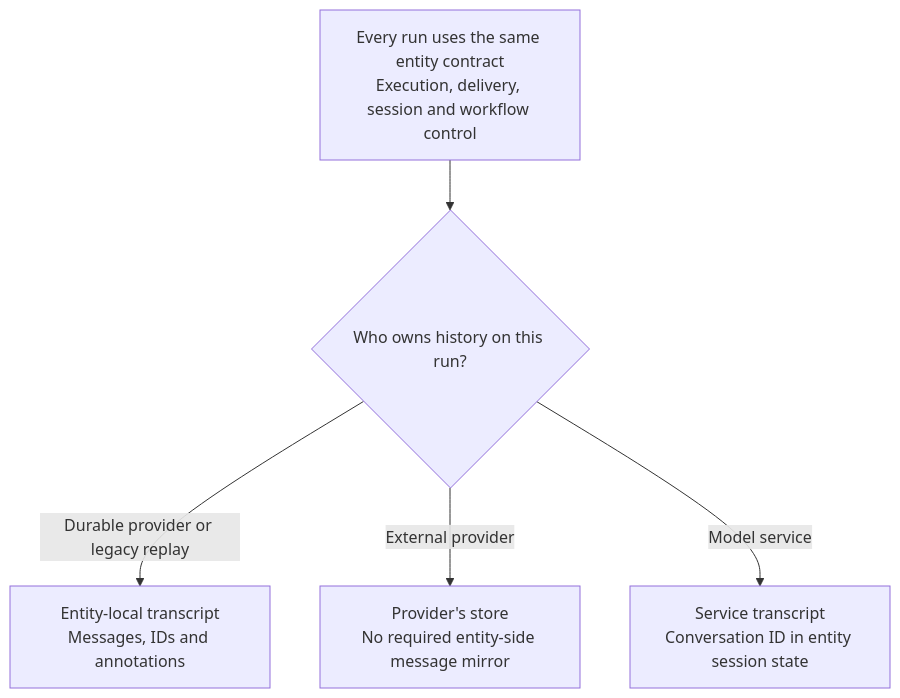
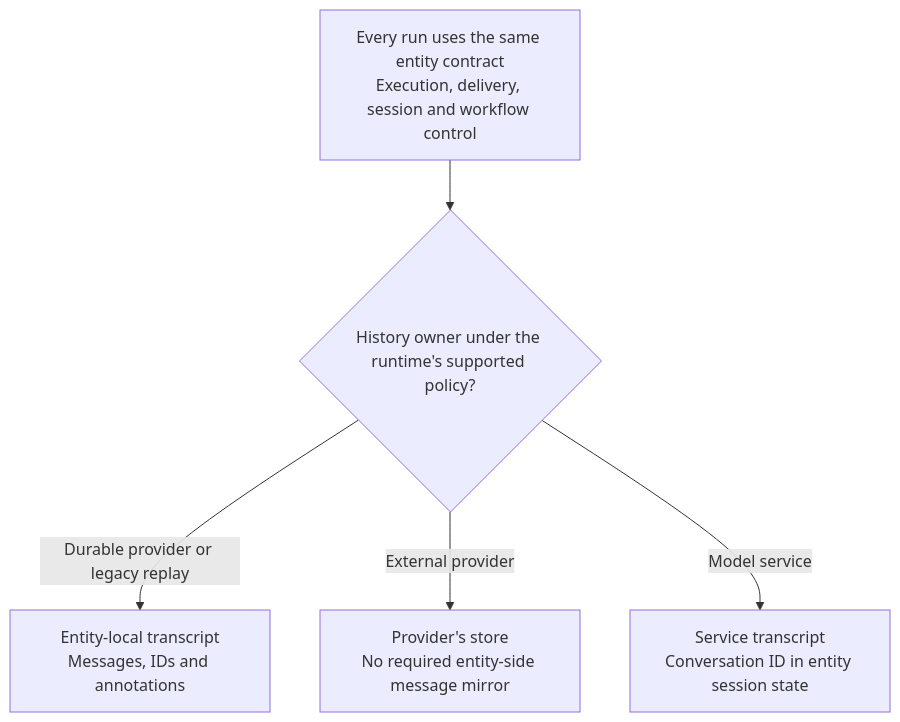
Before and after one commit to microsoft/agent-framework-durable-extension: the first of 6 diagrams in docs/decisions/0032-durable-thread-compaction.md, drawn with Mermaid. The commit also changed other lines of this file, not shown here.

Commit message:
docs: clarify durable runtime contracts and validation boundaries

````diff
--- a/docs/decisions/0032-durable-thread-compaction.md
+++ b/docs/decisions/0032-durable-thread-compaction.md
@@ -145,8 +175,8 @@
 ```mermaid
 flowchart TB
   COMMON["Every run uses the same entity contract<br/>Execution, delivery, session and workflow control"]
-  COMMON --> OWNER{"Who owns history on this run?"}
+  COMMON --> OWNER{"History owner under the runtime's supported policy?"}
   OWNER -->|"Durable provider or legacy replay"| LOCAL["Entity-local transcript<br/>Messages, IDs and annotations"]
   OWNER -->|"External provider"| EXTERNAL["Provider's store<br/>No required entity-side message mirror"]
   OWNER -->|"Model service"| SERVICE["Service transcript<br/>Conversation ID in entity session state"]
 ```
````
